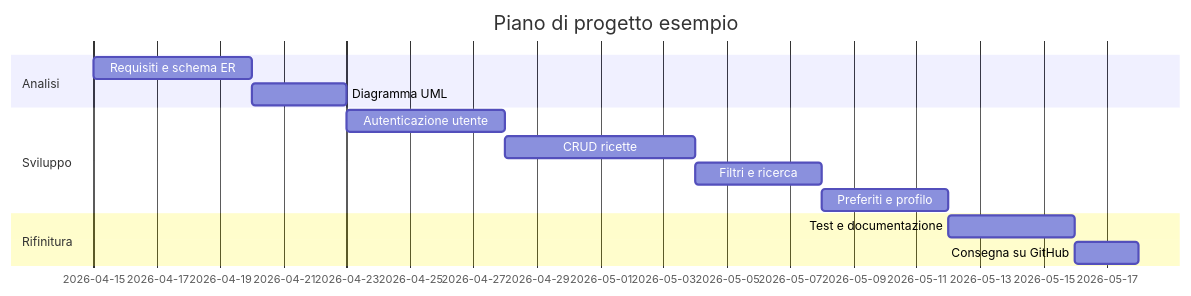
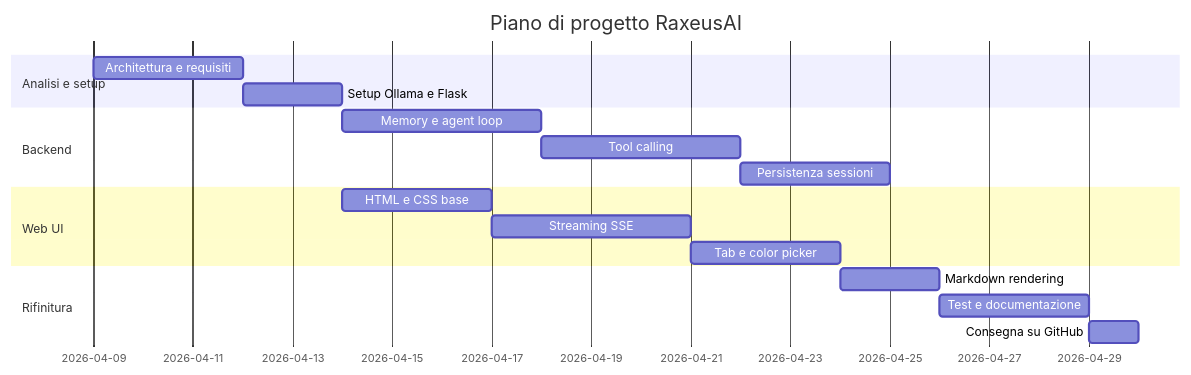
The third of 3 diagrams in REQUISITI_PROGETTO.md (AlbertoBruscoliniMain/RaxeusAI), drawn with Mermaid before and after one commit. The commit also changed other lines of this file, not shown here.

Commit message:
Riscrivi requisiti per RaxeusAI

````diff
--- a/REQUISITI_PROGETTO.md
+++ b/REQUISITI_PROGETTO.md
@@ -265,16 +232,20 @@
 ```mermaid
 gantt
     dateFormat  YYYY-MM-DD
-    title Piano di progetto esempio
-    section Analisi
-    Requisiti e schema ER         :a1, 2026-04-15, 5d
-    Diagramma UML                  :a2, after a1, 3d
-    section Sviluppo
-    Autenticazione utente          :b1, after a2, 5d
-    CRUD ricette                   :b2, after b1, 6d
-    Filtri e ricerca               :b3, after b2, 4d
-    Preferiti e profilo            :b4, after b3, 4d
+    title Piano di progetto RaxeusAI
+    section Analisi e setup
+    Architettura e requisiti       :a1, 2026-04-09, 3d
+    Setup Ollama e Flask           :a2, after a1, 2d
+    section Backend
+    Memory e agent loop            :b1, after a2, 4d
+    Tool calling                   :b2, after b1, 4d
+    Persistenza sessioni           :b3, after b2, 3d
+    section Web UI
+    HTML e CSS base                :c1, after a2, 3d
+    Streaming SSE                  :c2, after c1, 4d
+    Tab e color picker             :c3, after c2, 3d
     section Rifinitura
-    Test e documentazione          :c1, after b4, 4d
-    Consegna su GitHub             :c2, after c1, 2d
+    Markdown rendering             :d1, after c3, 2d
+    Test e documentazione          :d2, after d1, 3d
+    Consegna su GitHub             :d3, after d2, 1d
 ```
````
